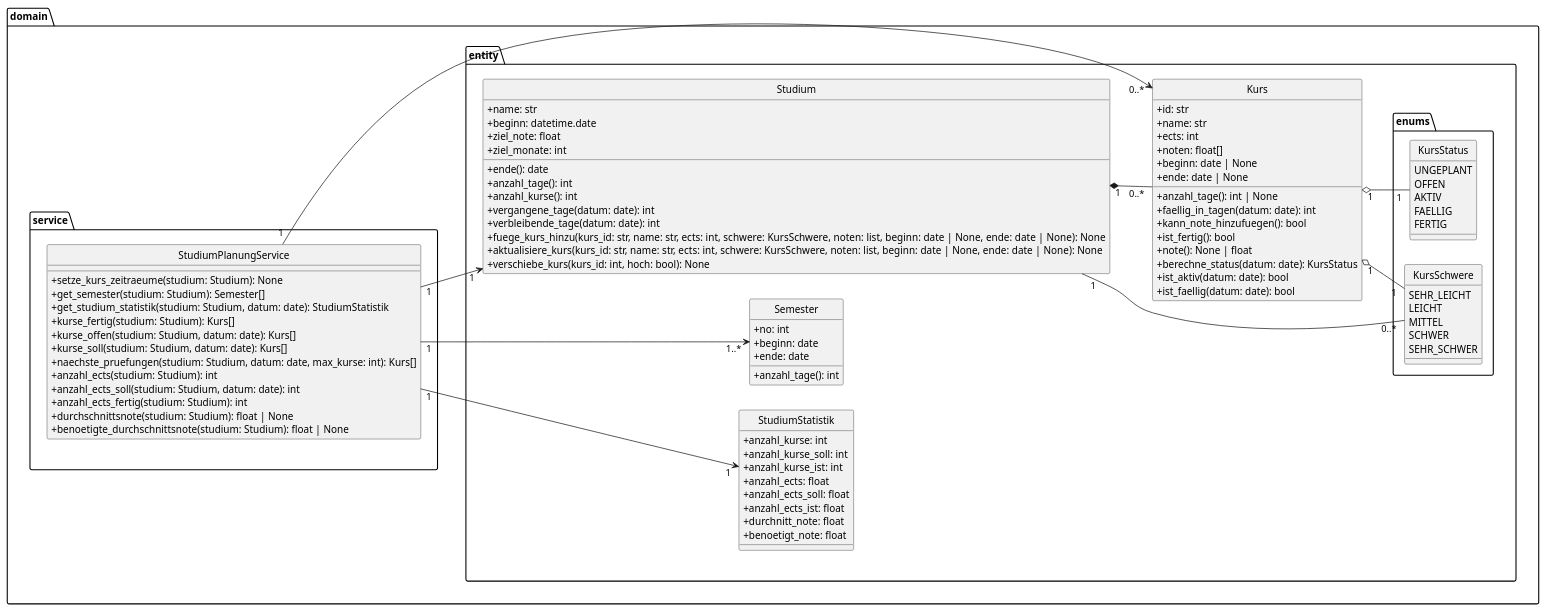
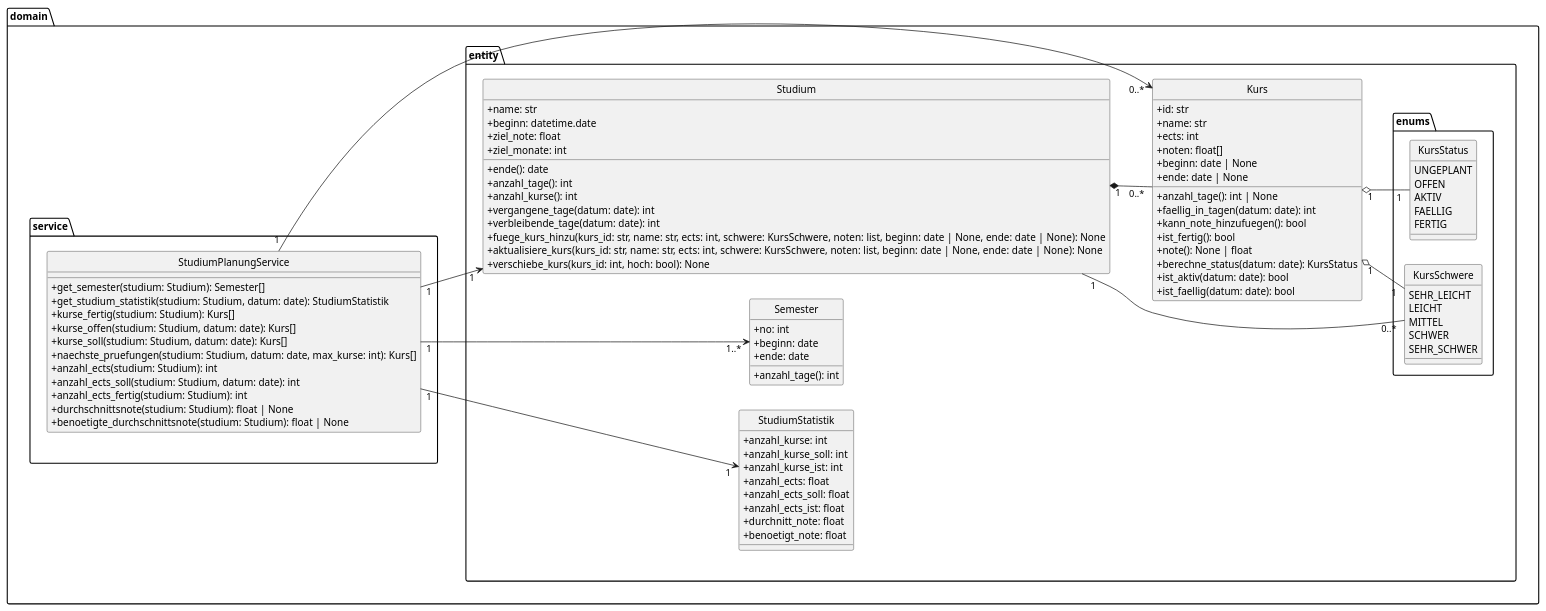
One commit to thomasanschuetz/ooppython changed the diagram in domain.puml. Above: the diagram before and after it, drawn with PlantUML. The commit also changed 5 other files, not shown here.

Commit message:
create studium_verwaltung_service. refactor setze_kurs_zeitraeume to Studium

```diff
--- a/domain.puml
+++ b/domain.puml
@@ -2,107 +2,106 @@
 @startuml src
 left to right direction
 hide circle
 skinparam classAttributeIconSize 0
 
 package domain {
   package service {
     class StudiumPlanungService {
-      +setze_kurs_zeitraeume(studium: Studium): None
       +get_semester(studium: Studium): Semester[]
       +get_studium_statistik(studium: Studium, datum: date): StudiumStatistik
       +kurse_fertig(studium: Studium): Kurs[]
       +kurse_offen(studium: Studium, datum: date): Kurs[]
       +kurse_soll(studium: Studium, datum: date): Kurs[]
       +naechste_pruefungen(studium: Studium, datum: date, max_kurse: int): Kurs[]
       +anzahl_ects(studium: Studium): int
       +anzahl_ects_soll(studium: Studium, datum: date): int
       +anzahl_ects_fertig(studium: Studium): int
       +durchschnittsnote(studium: Studium): float | None
       +benoetigte_durchschnittsnote(studium: Studium): float | None
     }
   }
 
   package entity {
     class Studium {
       +name: str
       +beginn: datetime.date
       +ziel_note: float
       +ziel_monate: int
       +ende(): date
       +anzahl_tage(): int
       +anzahl_kurse(): int
       +vergangene_tage(datum: date): int
       +verbleibende_tage(datum: date): int
       +fuege_kurs_hinzu(kurs_id: str, name: str, ects: int, schwere: KursSchwere, noten: list, beginn: date | None, ende: date | None): None
       +aktualisiere_kurs(kurs_id: str, name: str, ects: int, schwere: KursSchwere, noten: list, beginn: date | None, ende: date | None): None
       +verschiebe_kurs(kurs_id: int, hoch: bool): None
     }
     class Kurs {
       +id: str
       +name: str
       +ects: int
       +noten: float[]
       +beginn: date | None
       +ende: date | None
       +anzahl_tage(): int | None
       +faellig_in_tagen(datum: date): int
       +kann_note_hinzufuegen(): bool
       +ist_fertig(): bool
       +note(): None | float
       +berechne_status(datum: date): KursStatus
       +ist_aktiv(datum: date): bool
       +ist_faellig(datum: date): bool
     }
 
     class Semester {
       +no: int
       +beginn: date
       +ende: date
       +anzahl_tage(): int
     }
 
     class StudiumStatistik {
       +anzahl_kurse: int
       +anzahl_kurse_soll: int
       +anzahl_kurse_ist: int
       +anzahl_ects: float
       +anzahl_ects_soll: float
       +anzahl_ects_ist: float
       +durchnitt_note: float
       +benoetigt_note: float
     }
 
     package enums{
       enum KursSchwere {
         SEHR_LEICHT
         LEICHT
         MITTEL
         SCHWER
         SEHR_SCHWER
       }
 
       enum KursStatus {
         UNGEPLANT
         OFFEN
         AKTIV
         FAELLIG
         FERTIG
       }
     }
   }
 }
 
 'Service
 StudiumPlanungService "1 " --> "1 " Studium
 StudiumPlanungService "1 " --> "0..* " Kurs
 StudiumPlanungService "1 " --> "1..* " Semester
 StudiumPlanungService "1 " --> "1 " StudiumStatistik
 'Entity
 Studium "1 " *-- "0..* " Kurs
 Studium "1 " -- "0..* " KursSchwere
 Kurs "1 " o-- "1 " KursSchwere
 Kurs "1 " o-- "1 " KursStatus
 
 service -[hidden]r->entity
 
 @enduml
```
